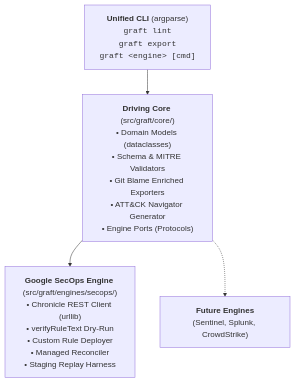
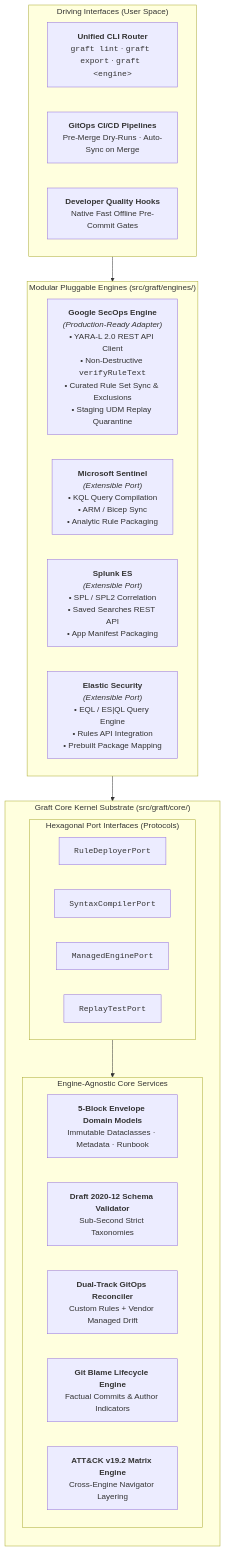
Before and after one commit to lopes/graft: the diagram in README.md, drawn with Mermaid. The commit also changed other lines of this file and 6 other files, not shown here.

Commit message:
docs: overhaul readme with layered architecture diagram, key features, and visual showcase

````diff
--- a/README.md
+++ b/README.md
@@ -48,11 +48,40 @@
 ```mermaid
 flowchart TD
-    CLI["<b>Unified CLI</b> (argparse)<br/><code>graft lint</code><br/><code>graft export</code><br/><code>graft &lt;engine&gt; [cmd]</code>"]
-    CORE["<b>Driving Core</b> (src/graft/core/)<br/>• Domain Models (dataclasses)<br/>• Schema & MITRE Validators<br/>• Git Blame Enriched Exporters<br/>• ATT&CK Navigator Generator<br/>• Engine Ports (Protocols)"]
-    SECOPS["<b>Google SecOps Engine</b> (src/graft/engines/secops/)<br/>• Chronicle REST Client (urllib)<br/>• verifyRuleText Dry-Run<br/>• Custom Rule Deployer<br/>• Managed Reconciler<br/>• Staging Replay Harness"]
-    FUTURE["<b>Future Engines</b><br/>(Sentinel, Splunk, CrowdStrike)"]
+    subgraph DRIVING["Driving Interfaces (User Space)"]
+        direction LR
+        CLI["<b>Unified CLI Router</b><br/><code>graft lint</code> · <code>graft export</code> · <code>graft &lt;engine&gt;</code>"]
+        GITOPS["<b>GitOps CI/CD Pipelines</b><br/>Pre-Merge Dry-Runs · Auto-Sync on Merge"]
+        HOOKS["<b>Developer Quality Hooks</b><br/>Native Fast Offline Pre-Commit Gates"]
+    end
 
-    CLI --> CORE
-    CORE --> SECOPS
-    CORE -.-> FUTURE
+    subgraph ENGINES["Modular Pluggable Engines (src/graft/engines/)"]
+        direction LR
+        SECOPS["<b>Google SecOps Engine</b><br/><i>(Production-Ready Adapter)</i><br/>• YARA-L 2.0 REST API Client<br/>• Non-Destructive <code>verifyRuleText</code><br/>• Curated Rule Set Sync &amp; Exclusions<br/>• Staging UDM Replay Quarantine"]
+        SENTINEL["<b>Microsoft Sentinel</b><br/><i>(Extensible Port)</i><br/>• KQL Query Compilation<br/>• ARM / Bicep Sync<br/>• Analytic Rule Packaging"]
+        SPLUNK["<b>Splunk ES</b><br/><i>(Extensible Port)</i><br/>• SPL / SPL2 Correlation<br/>• Saved Searches REST API<br/>• App Manifest Packaging"]
+        ELASTIC["<b>Elastic Security</b><br/><i>(Extensible Port)</i><br/>• EQL / ES|QL Query Engine<br/>• Rules API Integration<br/>• Prebuilt Package Mapping"]
+    end
+
+    subgraph CORE["Graft Core Kernel Substrate (src/graft/core/)"]
+        direction TB
+        subgraph PORTS["Hexagonal Port Interfaces (Protocols)"]
+            direction LR
+            P_DEPLOY["<code>RuleDeployerPort</code>"]
+            P_COMP["<code>SyntaxCompilerPort</code>"]
+            P_MNG["<code>ManagedEnginePort</code>"]
+            P_REPLAY["<code>ReplayTestPort</code>"]
+        end
+        subgraph KERNEL["Engine-Agnostic Core Services"]
+            direction LR
+            MODELS["<b>5-Block Envelope Domain Models</b><br/>Immutable Dataclasses · Metadata · Runbook"]
+            SCHEMA["<b>Draft 2020-12 Schema Validator</b><br/>Sub-Second Strict Taxonomies"]
+            RECON["<b>Dual-Track GitOps Reconciler</b><br/>Custom Rules + Vendor Managed Drift"]
+            BLAME["<b>Git Blame Lifecycle Engine</b><br/>Factual Commits &amp; Author Indicators"]
+            ATTACK["<b>ATT&amp;CK v19.2 Matrix Engine</b><br/>Cross-Engine Navigator Layering"]
+        end
+    end
+
+    DRIVING --> ENGINES
+    ENGINES --> PORTS
+    PORTS --> KERNEL
 ```
````
